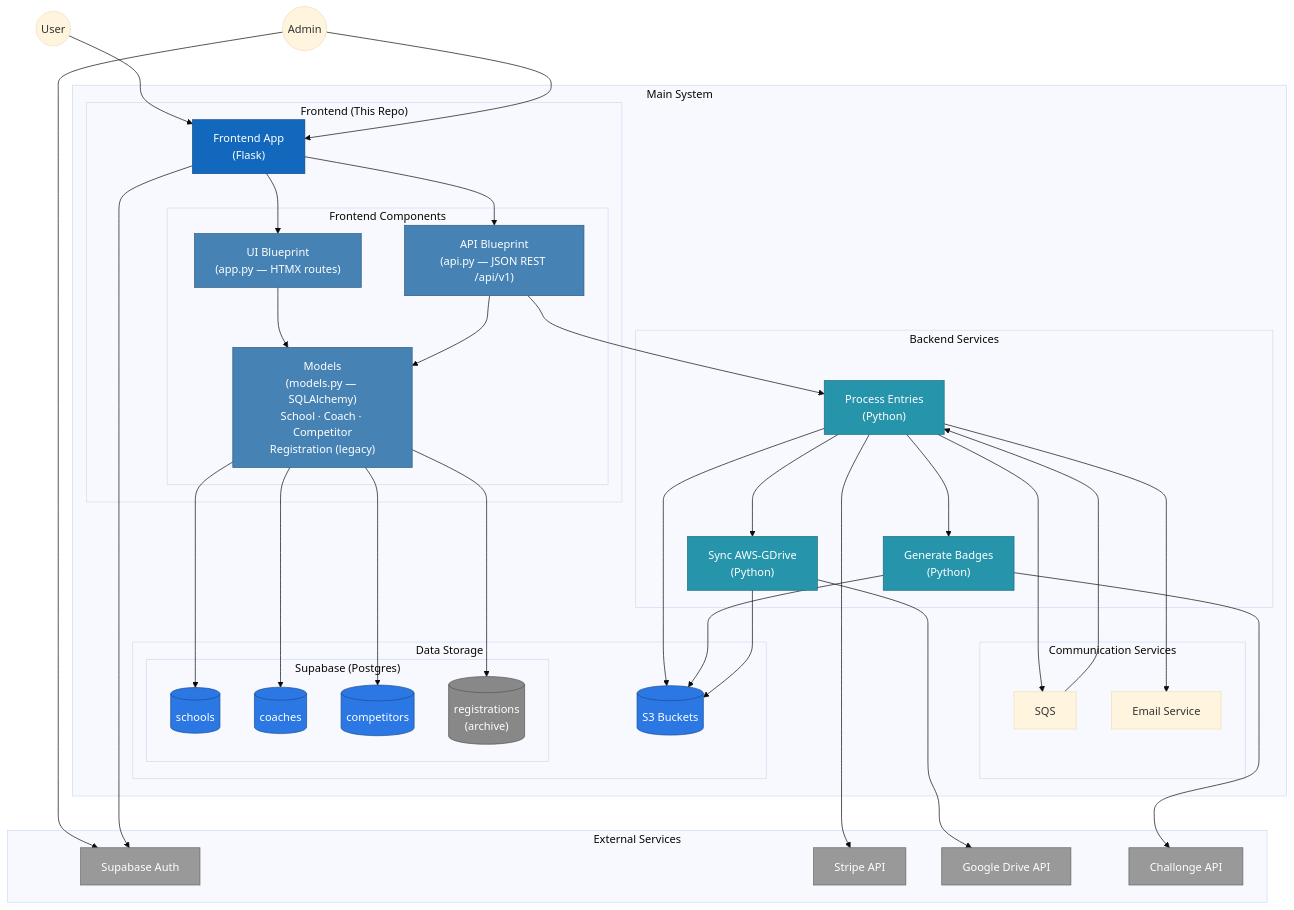
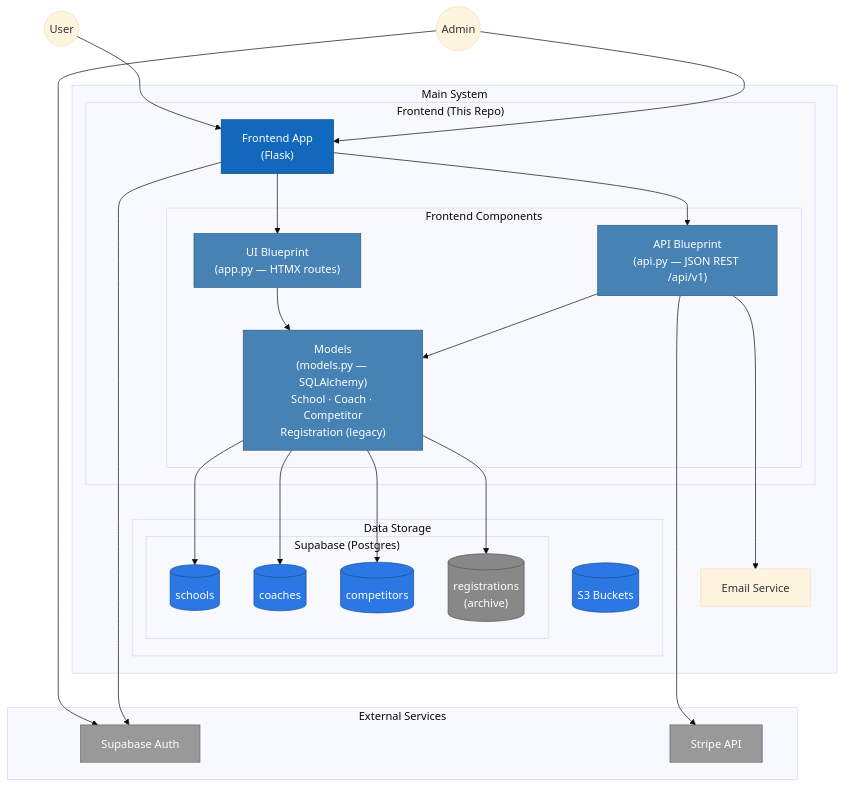
The diagram in README.md (audioboxer217/tkd_registration_frontend), drawn with Mermaid (base theme) before and after one commit. The commit also changed other lines of this file and 4 other files, not shown here.

First line of the commit message:
Remove legacy SQS usage from frontend add-entry flow

```diff
--- a/README.md
+++ b/README.md
@@ -19,12 +19,6 @@
             end
         end
 
-        subgraph "Backend Services"
-            ProcessEntries["Process Entries<br/>(Python)"]
-            GenerateBadges["Generate Badges<br/>(Python)"]
-            SyncAWSGDrive["Sync AWS-GDrive<br/>(Python)"]
-        end
-
         subgraph "Data Storage"
             subgraph Supabase["Supabase (Postgres)"]
                 SchoolsTable[("schools")]
@@ -35,10 +29,7 @@
             S3[("S3 Buckets")]
         end
 
-        subgraph "Communication Services"
-            SQS["SQS"]
-            EmailService["Email Service"]
-        end
+        EmailService["Email Service"]
     end
 
     User --> FrontendApp
@@ -53,34 +44,18 @@
     Models --> CompetitorsTable
     Models --> RegistrationsTable
 
-    APIBlueprint --> ProcessEntries
-    ProcessEntries --> GenerateBadges
-    ProcessEntries --> SyncAWSGDrive
-
-    ProcessEntries --> S3
-    GenerateBadges --> S3
-    SyncAWSGDrive --> S3
-
-    ProcessEntries --> SQS
-    SQS --> ProcessEntries
-    ProcessEntries --> EmailService
+    APIBlueprint --> EmailService
 
     Admin --> SupabaseAuth
     FrontendApp --> SupabaseAuth
 
-    ProcessEntries --> Stripe
-    SyncAWSGDrive --> GoogleDrive
-    GenerateBadges --> Challonge
+    APIBlueprint --> Stripe
 
     EmailService ~~~ Stripe
-    EmailService ~~~ GoogleDrive
-    EmailService ~~~ Challonge
     S3 ~~~ SupabaseAuth
 
     subgraph "External Services"
         Stripe["Stripe API"]
-        GoogleDrive["Google Drive API"]
-        Challonge["Challonge API"]
         SupabaseAuth["Supabase Auth"]
     end
 
@@ -93,7 +68,6 @@
 
     class FrontendApp frontend
     class UIBlueprint,APIBlueprint,Models frontendComponent
-    class ProcessEntries,GenerateBadges,SyncAWSGDrive backend
     class SchoolsTable,CoachesTable,CompetitorsTable,S3 database
     class RegistrationsTable legacy
     class Stripe,GoogleDrive,Challonge,SupabaseAuth external
```
